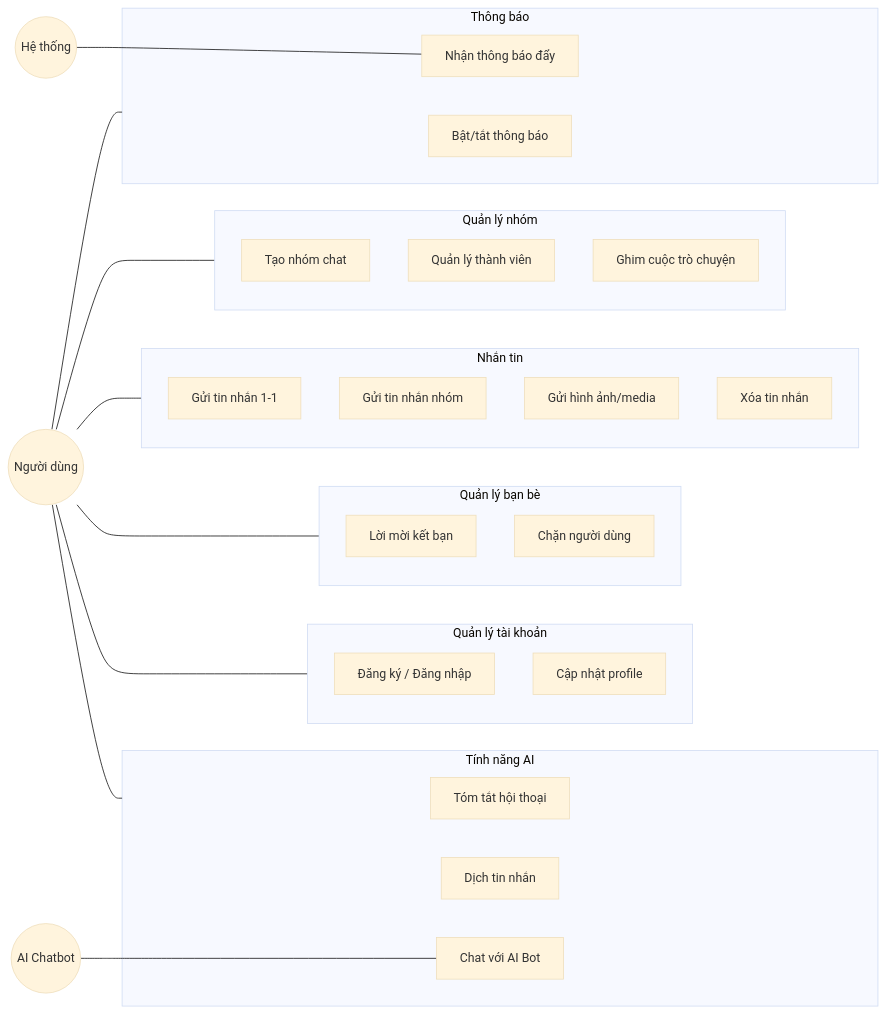
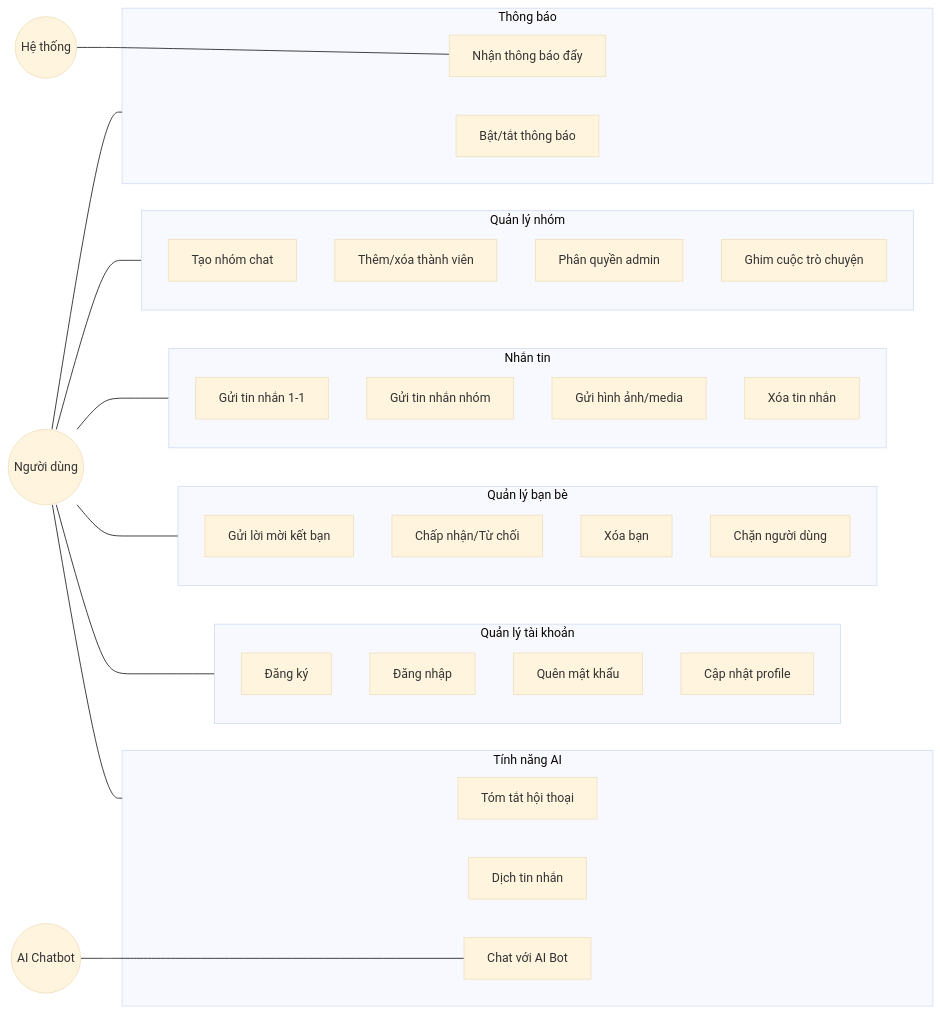
Before and after one commit to HiepNguyen284/chatapp: the second of 11 diagrams in bao_cao_thanh_vien_4.md, drawn with Mermaid (base theme). The commit also changed other lines of this file and 4473 other files, not shown here.

````diff
--- a/bao_cao_thanh_vien_4.md
+++ b/bao_cao_thanh_vien_4.md
@@ -395,44 +350,49 @@
 ```mermaid
 graph LR
     User((Người dùng))
     AI_Bot((AI Chatbot))
     System((Hệ thống))
 
     subgraph UC_Auth["Quản lý tài khoản"]
-        UC1["Đăng ký / Đăng nhập"]
+        UC1["Đăng ký"]
+        UC2["Đăng nhập"]
+        UC3["Quên mật khẩu"]
         UC4["Cập nhật profile"]
     end
     subgraph UC_Friend["Quản lý bạn bè"]
-        UC6["Lời mời kết bạn"]
+        UC6["Gửi lời mời kết bạn"]
+        UC7["Chấp nhận/Từ chối"]
+        UC8["Xóa bạn"]
         UC9["Chặn người dùng"]
     end
     subgraph UC_Chat["Nhắn tin"]
         UC10["Gửi tin nhắn 1-1"]
         UC11["Gửi tin nhắn nhóm"]
         UC12["Gửi hình ảnh/media"]
         UC13["Xóa tin nhắn"]
     end
     subgraph UC_Group["Quản lý nhóm"]
         UC14["Tạo nhóm chat"]
-        UC15["Quản lý thành viên"]
+        UC15["Thêm/xóa thành viên"]
+        UC16["Phân quyền admin"]
         UC17["Ghim cuộc trò chuyện"]
     end
     subgraph UC_AI["Tính năng AI"]
         UC18["Tóm tắt hội thoại"]
         UC19["Dịch tin nhắn"]
         UC20["Chat với AI Bot"]
     end
     subgraph UC_Notify["Thông báo"]
         UC21["Nhận thông báo đẩy"]
         UC22["Bật/tắt thông báo"]
     end
 
     User --- UC_Auth
     User --- UC_Friend
     User --- UC_Chat
     User --- UC_Group
     User --- UC_AI
     User --- UC_Notify
     AI_Bot --- UC20
     System --- UC21
 ```
````
